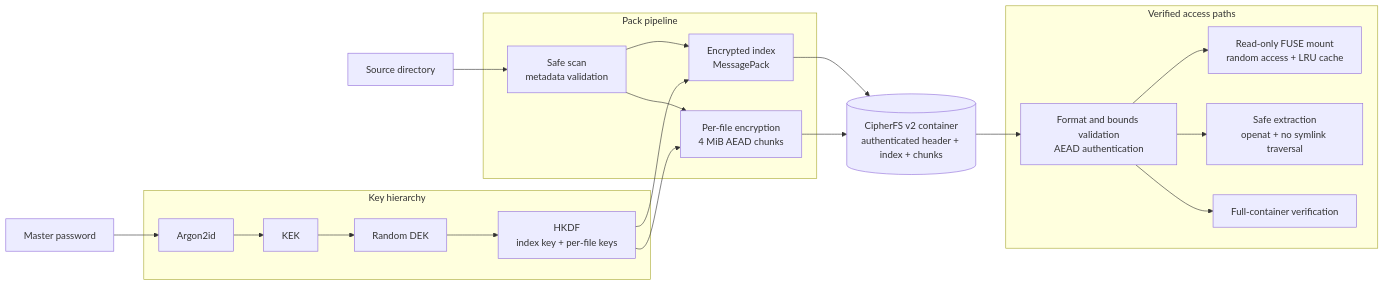
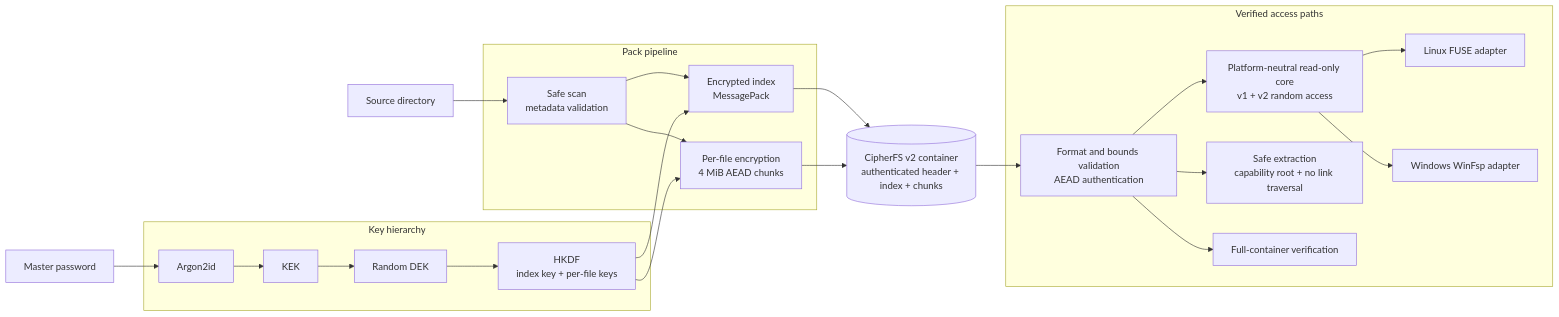
One commit to TW-RF54732/CipherFS changed the diagram in README.md. Above: the diagram before and after it, drawn with Mermaid. The commit also changed other lines of this file and 55 other files, not shown here.

````diff
--- a/README.md
+++ b/README.md
@@ -13,41 +13,45 @@
 ```mermaid
 flowchart LR
     SOURCE["Source directory"]
     PASSWORD["Master password"]
 
     subgraph PACK["Pack pipeline"]
         SCAN["Safe scan<br/>metadata validation"]
         INDEX["Encrypted index<br/>MessagePack"]
         CHUNKS["Per-file encryption<br/>4 MiB AEAD chunks"]
     end
 
     subgraph KEYS["Key hierarchy"]
         KDF["Argon2id"]
         KEK["KEK"]
         DEK["Random DEK"]
         DERIVE["HKDF<br/>index key + per-file keys"]
     end
 
     CONTAINER[("CipherFS v2 container<br/>authenticated header + index + chunks")]
 
     subgraph ACCESS["Verified access paths"]
         OPEN["Format and bounds validation<br/>AEAD authentication"]
-        FUSE["Read-only FUSE mount<br/>random access + LRU cache"]
-        EXTRACT["Safe extraction<br/>openat + no symlink traversal"]
+        CORE["Platform-neutral read-only core<br/>v1 + v2 random access"]
+        FUSE["Linux FUSE adapter"]
+        WINFSP["Windows WinFsp adapter"]
+        EXTRACT["Safe extraction<br/>capability root + no link traversal"]
         VERIFY["Full-container verification"]
     end
 
     SOURCE --> SCAN
     SCAN --> INDEX
     SCAN --> CHUNKS
     PASSWORD --> KDF --> KEK --> DEK
     DEK --> DERIVE
     DERIVE --> INDEX
     DERIVE --> CHUNKS
     INDEX --> CONTAINER
     CHUNKS --> CONTAINER
     CONTAINER --> OPEN
-    OPEN --> FUSE
+    OPEN --> CORE
+    CORE --> FUSE
+    CORE --> WINFSP
     OPEN --> EXTRACT
     OPEN --> VERIFY
 ```
````
